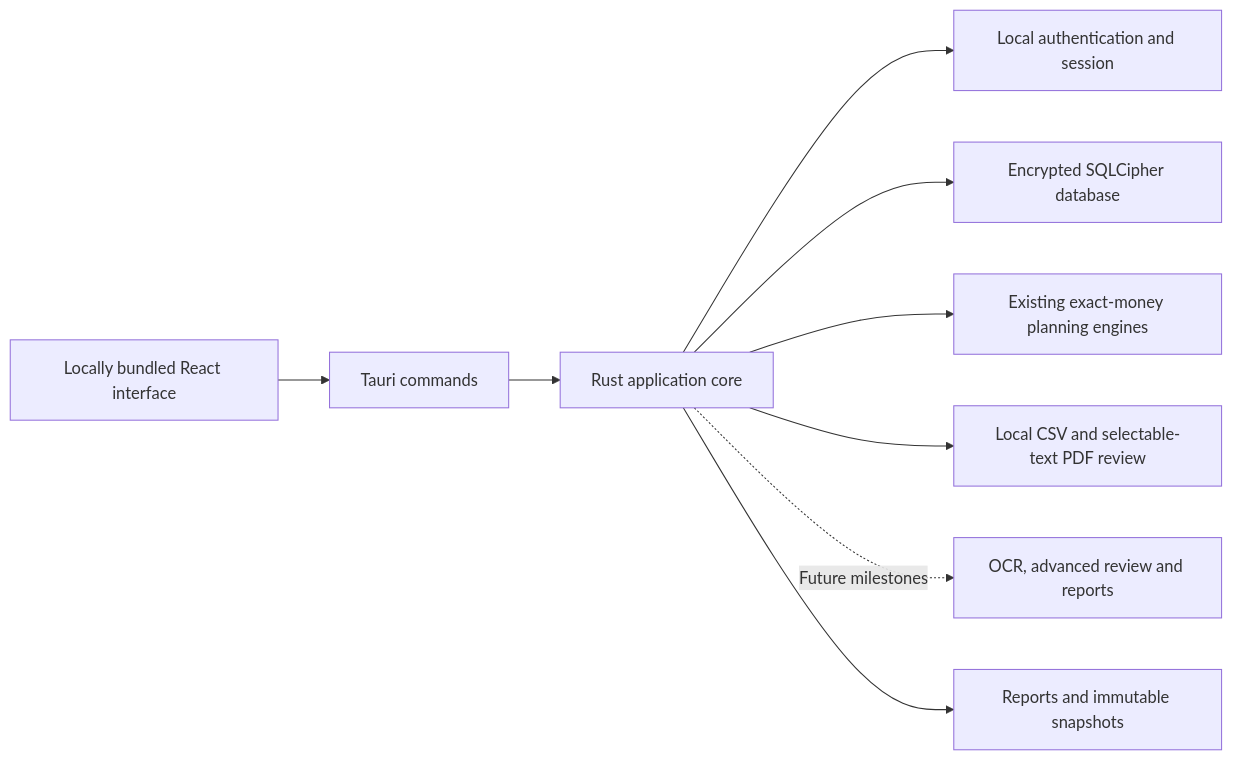
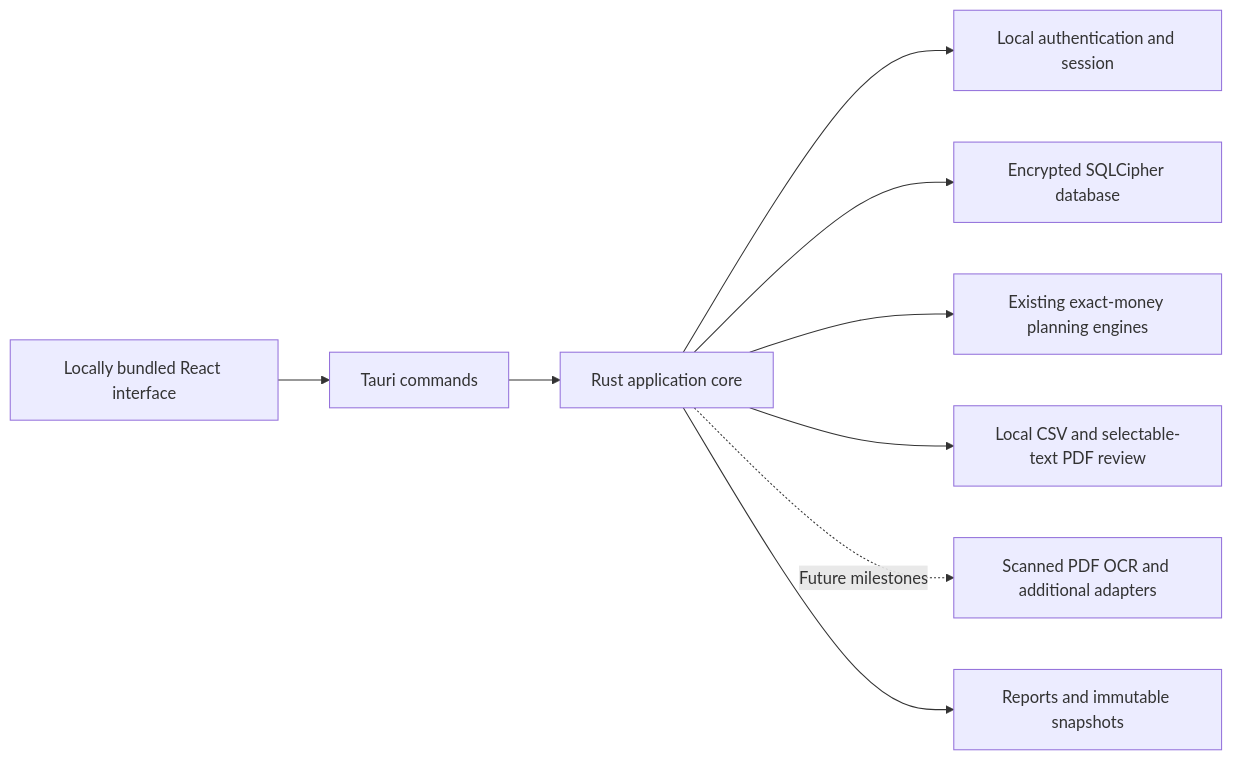
The diagram in docs/architecture.md (Eisenbartl/eisenbart-co-desktop), drawn with Mermaid before and after one commit. The commit also changed 12 other files, not shown here.

````diff
--- a/docs/architecture.md
+++ b/docs/architecture.md
@@ -21,11 +21,11 @@
 ```mermaid
 flowchart LR
     UI[Locally bundled React interface] --> IPC[Tauri commands]
     IPC --> Core[Rust application core]
     Core --> Auth[Local authentication and session]
     Core --> DB[Encrypted SQLCipher database]
     Core --> Calc[Existing exact-money planning engines]
     Core --> Docs[Local CSV and selectable-text PDF review]
-    Core -. Future milestones .-> PDF[OCR, advanced review and reports]
+    Core -. Future milestones .-> PDF[Scanned PDF OCR and additional adapters]
     Core --> Reports[Reports and immutable snapshots]
 ```
````
